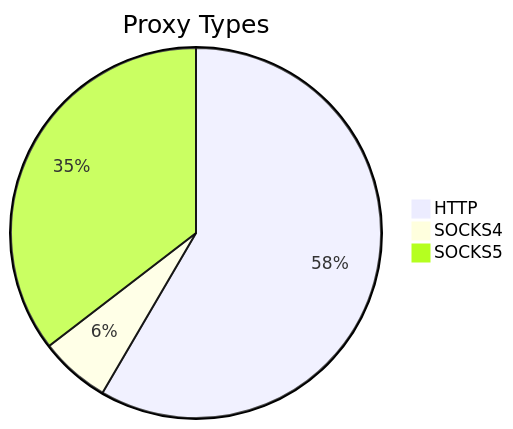
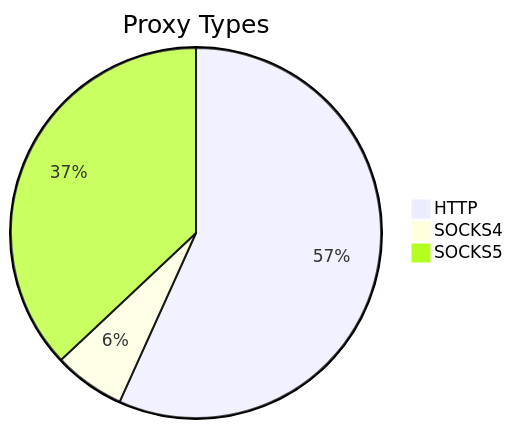
One commit to stormsia/proxy-list changed the first of 2 diagrams in README.md. Above: the diagram before and after it, drawn with Mermaid. The commit also changed other lines of this file, not shown here.

````diff
--- a/README.md
+++ b/README.md
@@ -21,6 +21,6 @@
 ```mermaid
 pie title Proxy Types
-    "HTTP" : 371
-    "SOCKS4" : 39
-    "SOCKS5" : 225
+    "HTTP" : 319
+    "SOCKS4" : 35
+    "SOCKS5" : 208
 ```
````
